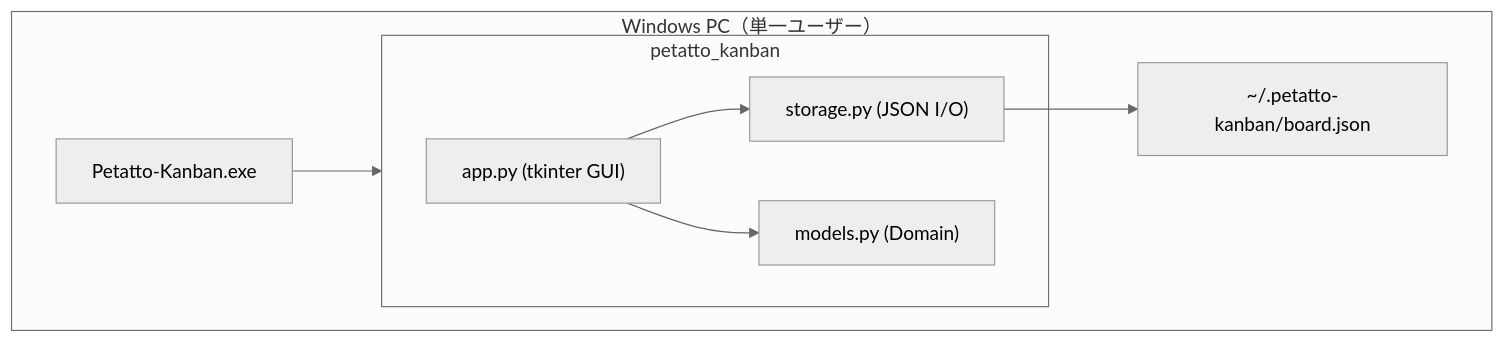
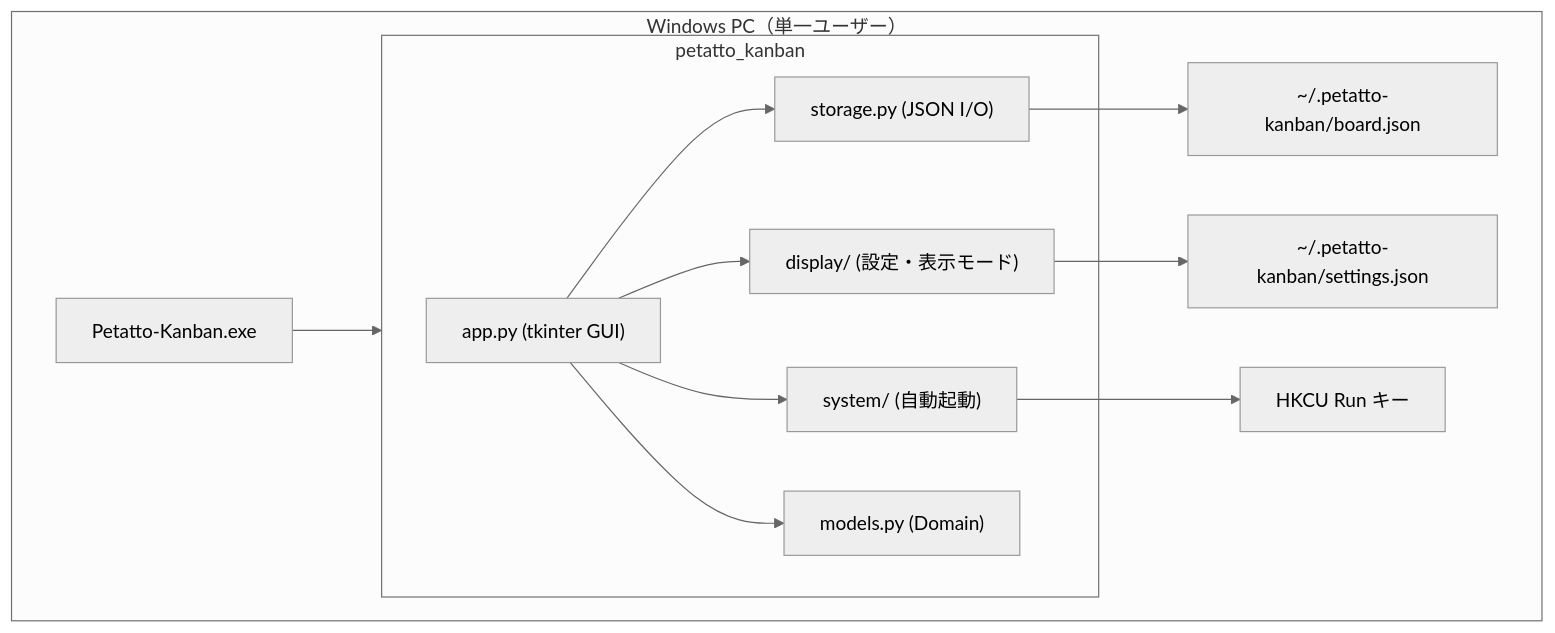
The diagram in docs/spec/09-architecture.md (suzuki-hidehito66/Petatto-Kanban), drawn with Mermaid (neutral theme) before and after one commit. The commit also changed other lines of this file and 29 other files, not shown here.

````diff
--- a/docs/spec/09-architecture.md
+++ b/docs/spec/09-architecture.md
@@ -15,16 +15,24 @@
 ```mermaid
 flowchart TB
     subgraph Desktop["Windows PC（単一ユーザー）"]
         EXE["Petatto-Kanban.exe"]
         subgraph App["petatto_kanban"]
             UI["app.py (tkinter GUI)"]
+            Display["display/ (設定・表示モード)"]
+            System["system/ (自動起動)"]
             Models["models.py (Domain)"]
             Storage["storage.py (JSON I/O)"]
         end
-        JSON["~/.petatto-kanban/board.json"]
+        BoardJSON["~/.petatto-kanban/board.json"]
+        SettingsJSON["~/.petatto-kanban/settings.json"]
+        Registry["HKCU Run キー"]
     end
     EXE --> App
-    Storage --> JSON
+    Storage --> BoardJSON
+    Display --> SettingsJSON
+    System --> Registry
     UI --> Models
     UI --> Storage
+    UI --> Display
+    UI --> System
 ```
````
